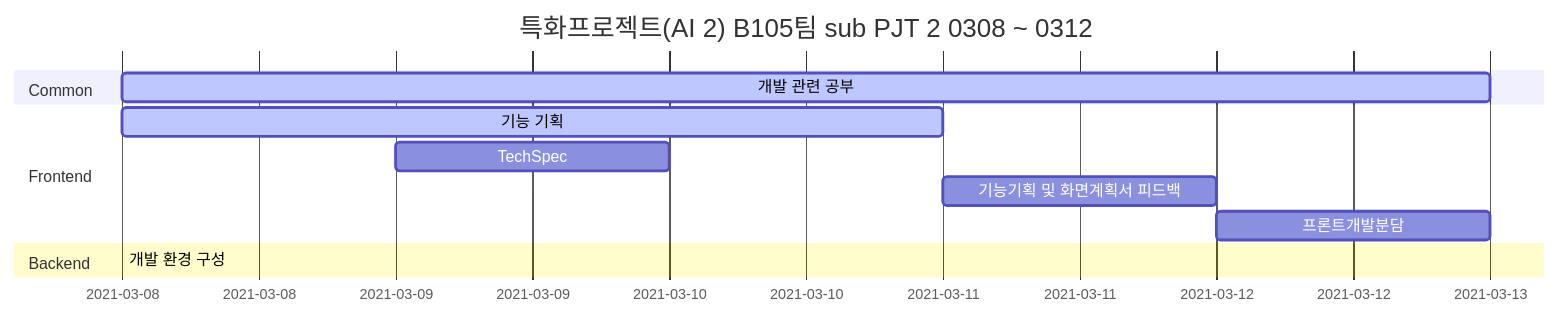
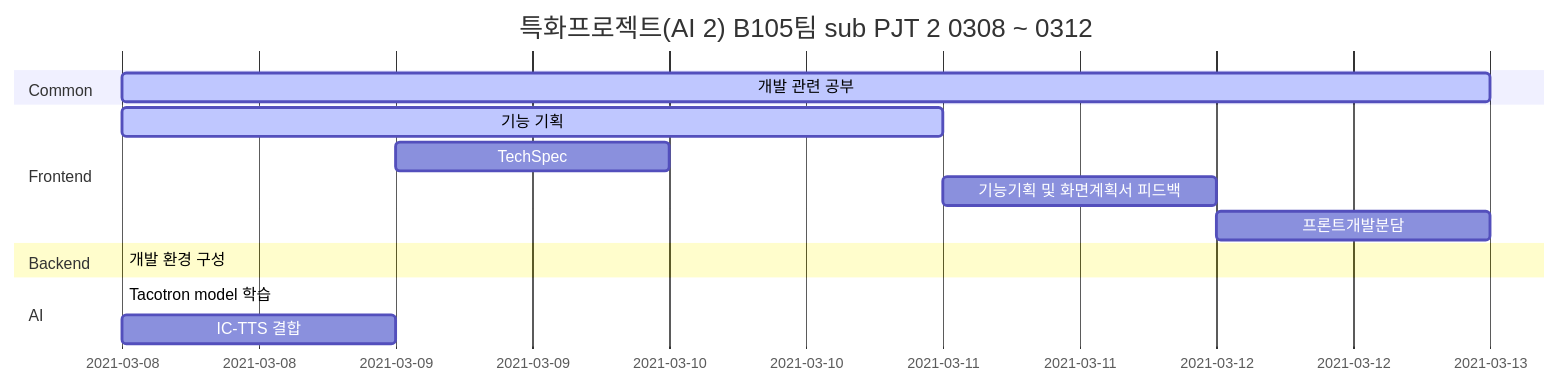
Before and after one commit to jes5918/dinory: the diagram in README.md, drawn with Mermaid. The commit also changed 268 other files, not shown here.

````diff
--- a/README.md
+++ b/README.md
@@ -34,18 +34,21 @@
 ```mermaid
 gantt
     axisFormat  %Y-%m-%d
     title      특화프로젝트(AI 2) B105팀 sub PJT 2 0308 ~ 0312
 	section Common
 	개발 관련 공부: active, 2021-03-08, 5d
 	
     section Frontend
     기능 기획 :active, a1, 2021-03-08, 3d
     TechSpec :, 2021-03-09, 1d
     기능기획 및 화면계획서 피드백 :after a1, 1d
     프론트개발분담 :	, 2021-03-12, 1d
 
     section Backend
    	개발 환경 구성 :active, 2021-03-08, 2021-03-11
-
+   	
+   	section AI
+   	Tacotron model 학습 :active, a2, 2021-03-08, 2021-03-11
+   	IC-TTS 결합 :after a2, 1d
    	
 ```
````
